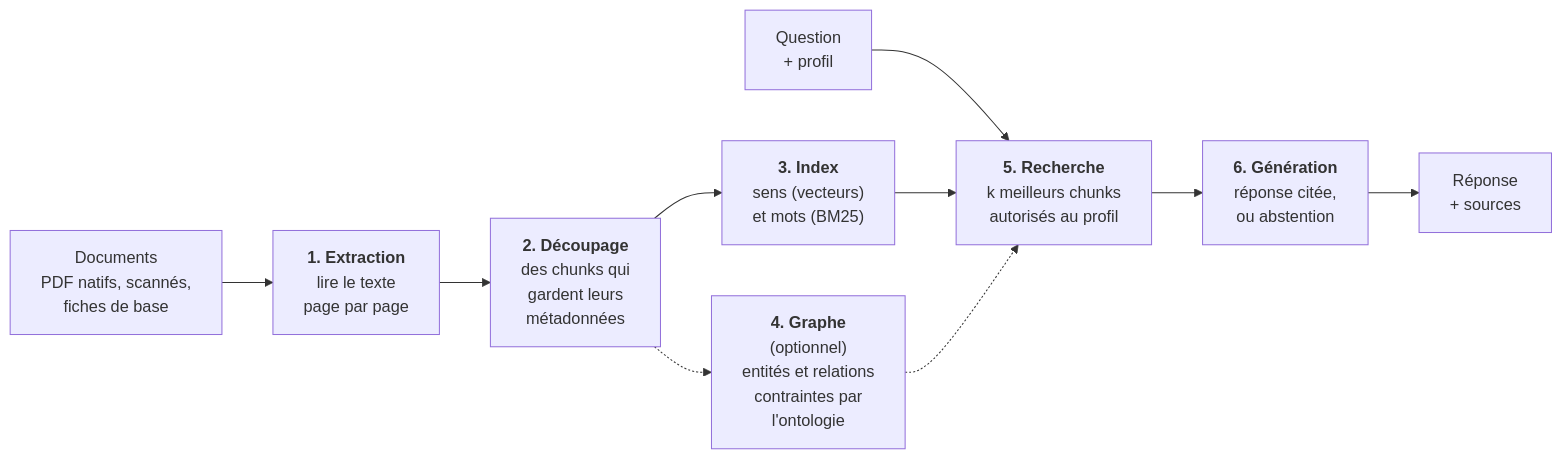
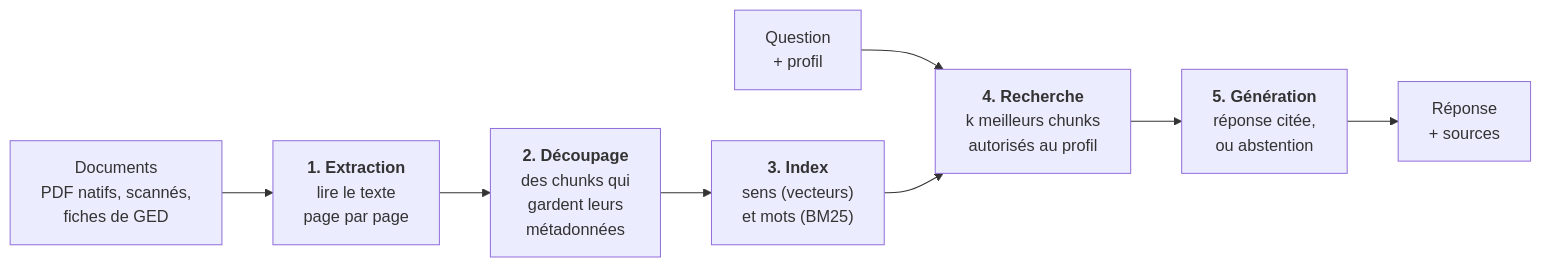
One commit to floSa/RAG-Evaluation changed the first of 2 diagrams in service-rag-exemple/documentation/guide_du_rag.md. Above: the diagram before and after it, drawn with Mermaid. The commit also changed other lines of this file and 21 other files, not shown here.

Commit message:
RAG d'exemple : graphe retiré ; recherche et génération deviennent les étapes 4 et 5

````diff
--- a/service-rag-exemple/documentation/guide_du_rag.md
+++ b/service-rag-exemple/documentation/guide_du_rag.md
@@ -5,12 +5,10 @@
 ```mermaid
 flowchart LR
-    D["Documents<br/>PDF natifs, scannés,<br/>fiches de base"] --> E1["<b>1. Extraction</b><br/>lire le texte<br/>page par page"]
+    D["Documents<br/>PDF natifs, scannés,<br/>fiches de GED"] --> E1["<b>1. Extraction</b><br/>lire le texte<br/>page par page"]
     E1 --> E2["<b>2. Découpage</b><br/>des chunks qui<br/>gardent leurs<br/>métadonnées"]
     E2 --> E3["<b>3. Index</b><br/>sens (vecteurs)<br/>et mots (BM25)"]
-    E2 -.-> E4["<b>4. Graphe</b><br/>(optionnel)<br/>entités et relations<br/>contraintes par<br/>l'ontologie"]
-    Q["Question<br/>+ profil"] --> E5["<b>5. Recherche</b><br/>k meilleurs chunks<br/>autorisés au profil"]
-    E3 --> E5
-    E4 -.-> E5
-    E5 --> E6["<b>6. Génération</b><br/>réponse citée,<br/>ou abstention"]
-    E6 --> R["Réponse<br/>+ sources"]
+    Q["Question<br/>+ profil"] --> E4["<b>4. Recherche</b><br/>k meilleurs chunks<br/>autorisés au profil"]
+    E3 --> E4
+    E4 --> E5["<b>5. Génération</b><br/>réponse citée,<br/>ou abstention"]
+    E5 --> R["Réponse<br/>+ sources"]
 ```
````
